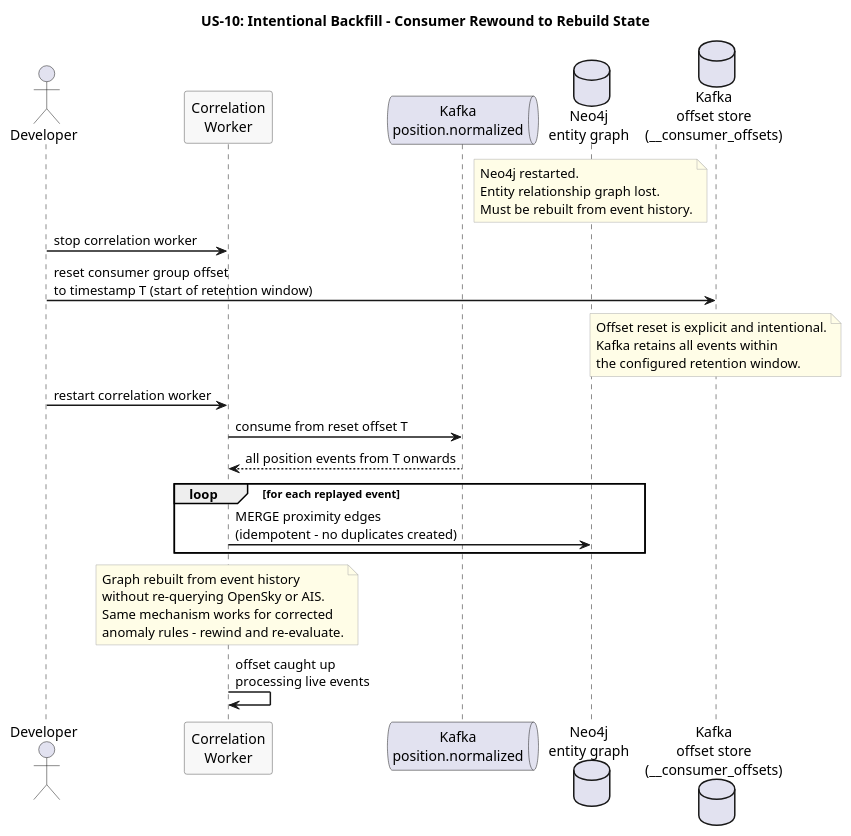
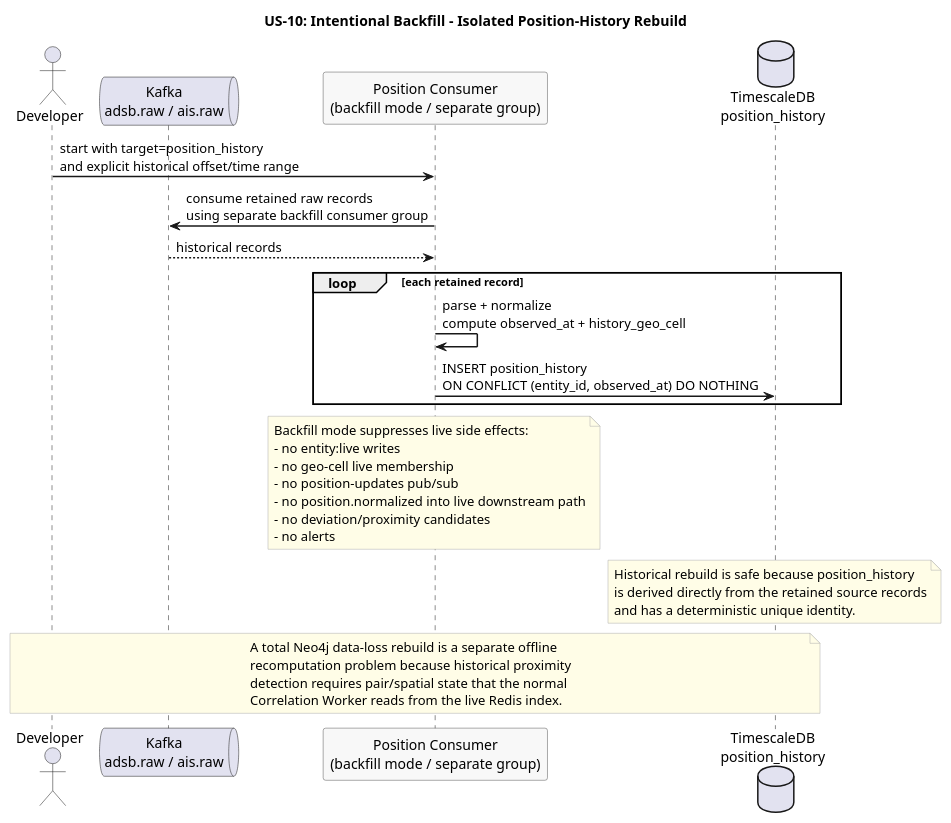
Before and after one commit to Buffden/sentinel: the diagram in docs/use-cases/US-10-event-replay/intentional-backfill.puml, drawn with PlantUML. The commit also changed 4 other files, not shown here.

```diff
--- a/docs/use-cases/US-10-event-replay/intentional-backfill.puml
+++ b/docs/use-cases/US-10-event-replay/intentional-backfill.puml
@@ -1,49 +1,47 @@
 @startuml intentional-backfill
-title US-10: Intentional Backfill - Consumer Rewound to Rebuild State
+title US-10: Intentional Backfill - Isolated Position-History Rebuild
 
 skinparam sequenceArrowThickness 1.5
 skinparam participantBorderColor #555555
 skinparam participantBackgroundColor #F8F8F8
 skinparam noteBorderColor #AAAAAA
 skinparam noteBackgroundColor #FFFDE7
 
 actor Developer
-participant "Correlation\nWorker" as Worker
-queue "Kafka\nposition.normalized" as Kafka
-database "Neo4j\nentity graph" as Neo4j
-database "Kafka\noffset store\n(__consumer_offsets)" as Offsets
+queue "Kafka\nadsb.raw / ais.raw" as Kafka
+participant "Position Consumer\n(backfill mode / separate group)" as Backfill
+database "TimescaleDB\nposition_history" as TSDB
 
-note over Neo4j
-  Neo4j restarted.
-  Entity relationship graph lost.
-  Must be rebuilt from event history.
+Developer -> Backfill : start with target=position_history\nand explicit historical offset/time range
+Backfill -> Kafka : consume retained raw records\nusing separate backfill consumer group
+Kafka --> Backfill : historical records
+
+loop each retained record
+  Backfill -> Backfill : parse + normalize\ncompute observed_at + history_geo_cell
+  Backfill -> TSDB : INSERT position_history\nON CONFLICT (entity_id, observed_at) DO NOTHING
+end
+
+note over Backfill
+  Backfill mode suppresses live side effects:
+  - no entity:live writes
+  - no geo-cell live membership
+  - no position-updates pub/sub
+  - no position.normalized into live downstream path
+  - no deviation/proximity candidates
+  - no alerts
 end note
 
-Developer -> Worker : stop correlation worker
-Developer -> Offsets : reset consumer group offset\nto timestamp T (start of retention window)
-
-note over Offsets
-  Offset reset is explicit and intentional.
-  Kafka retains all events within
-  the configured retention window.
+note over TSDB
+  Historical rebuild is safe because position_history
+  is derived directly from the retained source records
+  and has a deterministic unique identity.
 end note
 
-Developer -> Worker : restart correlation worker
-
-Worker -> Kafka : consume from reset offset T
-Kafka --> Worker : all position events from T onwards
-
-loop for each replayed event
-  Worker -> Neo4j : MERGE proximity edges\n(idempotent - no duplicates created)
-end
-
-note over Worker
-  Graph rebuilt from event history
-  without re-querying OpenSky or AIS.
-  Same mechanism works for corrected
-  anomaly rules - rewind and re-evaluate.
+note over Developer, TSDB
+  A total Neo4j data-loss rebuild is a separate offline
+  recomputation problem because historical proximity
+  detection requires pair/spatial state that the normal
+  Correlation Worker reads from the live Redis index.
 end note
 
-Worker -> Worker : offset caught up\nprocessing live events
-
 @enduml
```
